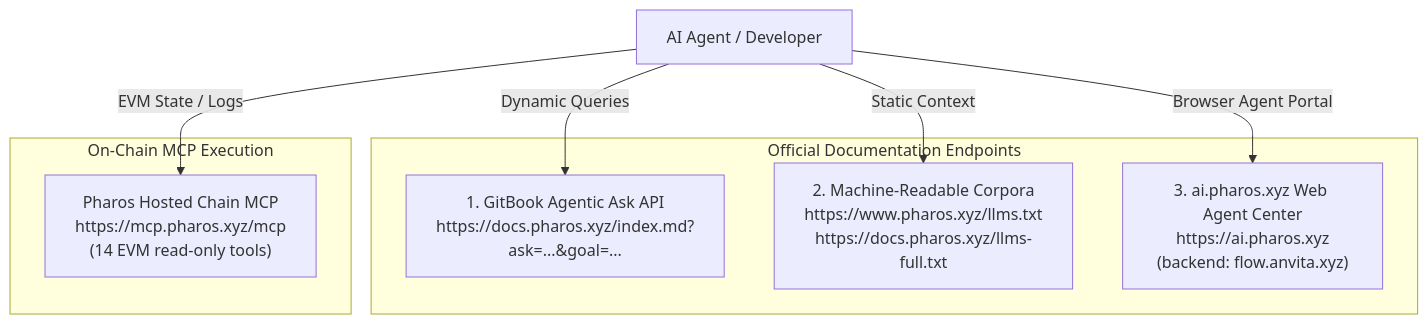
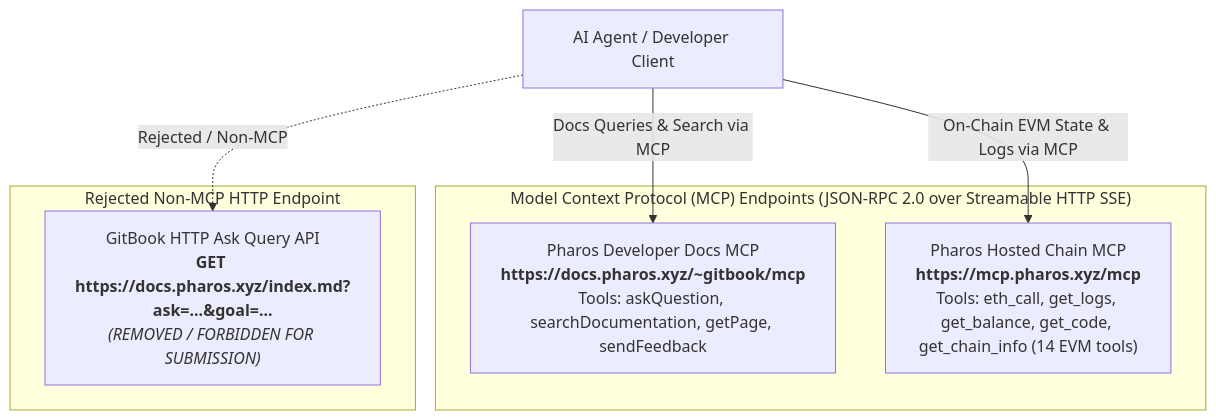
Before and after one commit to JimmyOgb/pharos-portfolio-inspector: the diagram in reports/PHAROS_TASK3_DOCS_MCP_ONBOARDING.md, drawn with Mermaid. The commit also changed other lines of this file and 6 other files, not shown here.

Commit message:
fix(docs-mcp): wrap official Developer Docs MCP and replace GitBook ask endpoint

````diff
--- a/reports/PHAROS_TASK3_DOCS_MCP_ONBOARDING.md
+++ b/reports/PHAROS_TASK3_DOCS_MCP_ONBOARDING.md
@@ -31,19 +41,17 @@
 ```mermaid
 flowchart TD
-    User["AI Agent / Developer"]
+    User["AI Agent / Developer Client"]
 
-    subgraph DocsInterfaces["Official Documentation Endpoints"]
-        A["1. GitBook Agentic Ask API<br/>https://docs.pharos.xyz/index.md?ask=...&goal=..."]
-        B["2. Machine-Readable Corpora<br/>https://www.pharos.xyz/llms.txt<br/>https://docs.pharos.xyz/llms-full.txt"]
-        C["3. ai.pharos.xyz Web Agent Center<br/>https://ai.pharos.xyz<br/>(backend: flow.anvita.xyz)"]
+    subgraph MCP_Servers["Model Context Protocol (MCP) Endpoints (JSON-RPC 2.0 over Streamable HTTP SSE)"]
+        A["Pharos Developer Docs MCP<br/><b>https://docs.pharos.xyz/~gitbook/mcp</b><br/>Tools: askQuestion, searchDocumentation, getPage, sendFeedback"]
+        B["Pharos Hosted Chain MCP<br/><b>https://mcp.pharos.xyz/mcp</b><br/>Tools: eth_call, get_logs, get_balance, get_code, get_chain_info (14 EVM tools)"]
     end
 
-    subgraph Execution["On-Chain MCP Execution"]
-        D["Pharos Hosted Chain MCP<br/>https://mcp.pharos.xyz/mcp<br/>(14 EVM read-only tools)"]
+    subgraph Deprecated_HTTP["Rejected Non-MCP HTTP Endpoint"]
+        C["GitBook HTTP Ask Query API<br/><b>GET https://docs.pharos.xyz/index.md?ask=...&goal=...</b><br/><i>(REMOVED / FORBIDDEN FOR SUBMISSION)</i>"]
     end
 
-    User -->|Dynamic Queries| A
-    User -->|Static Context| B
-    User -->|Browser Agent Portal| C
-    User -->|EVM State / Logs| D
+    User -->|Docs Queries & Search via MCP| A
+    User -->|On-Chain EVM State & Logs via MCP| B
+    User -.->|Rejected / Non-MCP| C
 ```
````
